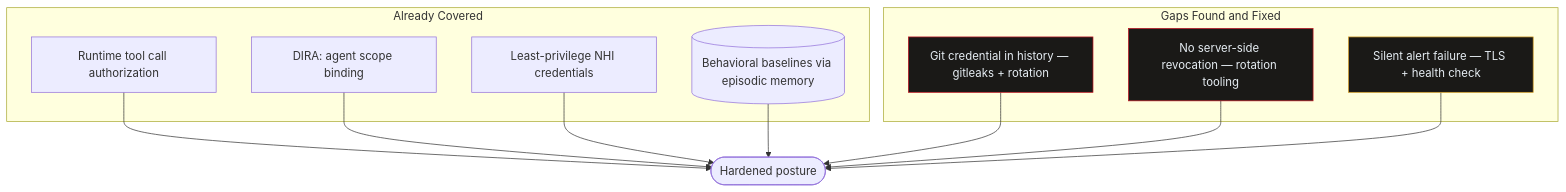
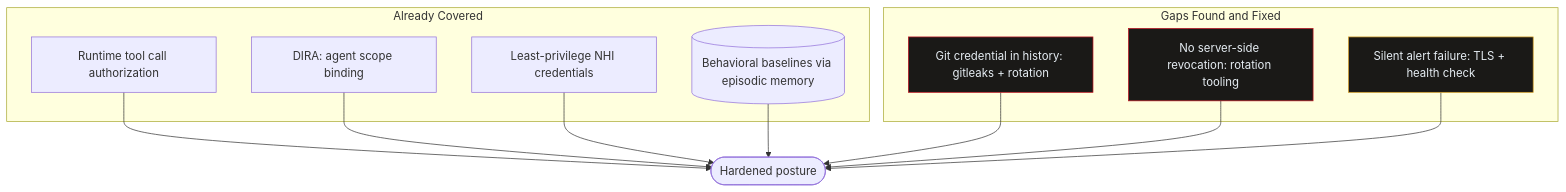
One commit to CyberdaemonAI/cyberdaemon-site changed the second of 2 diagrams in src/content/analysis/loud-breach.mdx. Above: the diagram before and after it, drawn with Mermaid. The commit also changed other lines of this file and 6 other files, not shown here.

First line of the commit message:
fix(mermaid): site-wide em dash and newline fixes in all diagram blocks

````diff
--- a/src/content/analysis/loud-breach.mdx
+++ b/src/content/analysis/loud-breach.mdx
@@ -189,24 +189,24 @@
 ```mermaid
 flowchart TD
     subgraph covered["Already Covered"]
         AUTH[Runtime tool call authorization]
         DIRA[DIRA: agent scope binding]
         LSP[Least-privilege NHI credentials]
         BL[(Behavioral baselines via episodic memory)]
     end
     subgraph fixed["Gaps Found and Fixed"]
-        GIT[Git credential in history — gitleaks + rotation]
-        REV[No server-side revocation — rotation tooling]
-        ALERT[Silent alert failure — TLS + health check]
+        GIT[Git credential in history: gitleaks + rotation]
+        REV[No server-side revocation: rotation tooling]
+        ALERT[Silent alert failure: TLS + health check]
     end
     AUTH --> SAFE([Hardened posture])
     DIRA --> SAFE
     LSP --> SAFE
     BL --> SAFE
     GIT --> SAFE
     REV --> SAFE
     ALERT --> SAFE
     style GIT fill:#1a1917,stroke:#C1121F,color:#E6EDF3
     style REV fill:#1a1917,stroke:#C1121F,color:#E6EDF3
     style ALERT fill:#1a1917,stroke:#D29922,color:#E6EDF3
 ```
````
